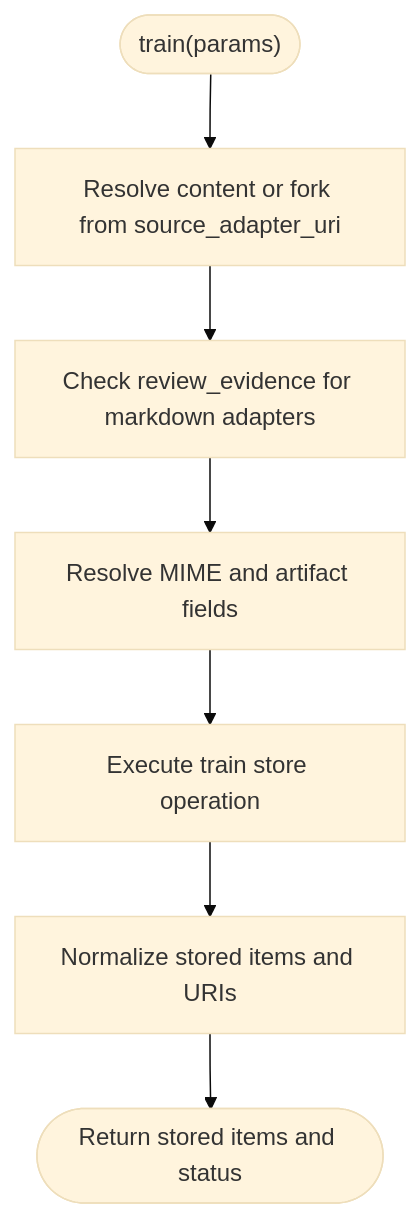
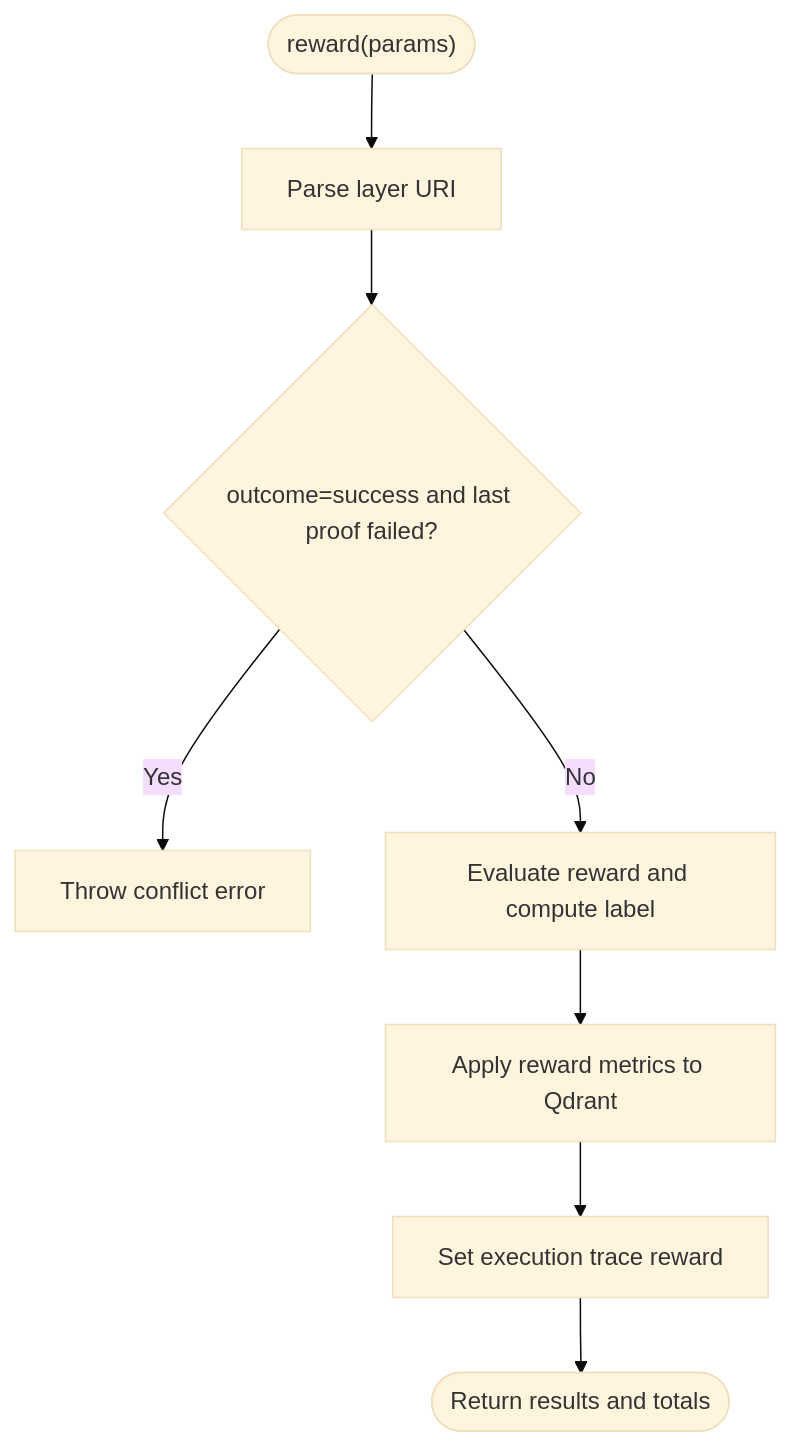
Before and after one commit to SquadRules/mcp: the sixth of 11 diagrams in .qoder/repowiki/en/content/MCP Tools Reference/MCP Tools Reference.md, drawn with Mermaid (base theme). The commit also changed other lines of this file and 553 other files, not shown here.

````diff
--- a/.qoder/repowiki/en/content/MCP Tools Reference/MCP Tools Reference.md
+++ b/.qoder/repowiki/en/content/MCP Tools Reference/MCP Tools Reference.md
@@ -468,9 +363,10 @@
 ```mermaid
 flowchart TD
-Start(["train(params)"]) --> ResolveContent["Resolve content or fork from source_adapter_uri"]
-ResolveContent --> CheckEvidence["Check review_evidence for markdown adapters"]
-CheckEvidence --> ResolveMime["Resolve MIME and artifact fields"]
-ResolveMime --> Store["Execute train store operation"]
-Store --> NormalizeItems["Normalize stored items and URIs"]
-NormalizeItems --> Output(["Return stored items and status"])
+Start(["reward(params)"]) --> ParseUri["Parse layer URI"]
+ParseUri --> CheckFailedProof{"outcome=success and last proof failed?"}
+CheckFailedProof --> |Yes| Conflict["Throw conflict error"]
+CheckFailedProof --> |No| Evaluate["Evaluate reward and compute label"]
+Evaluate --> PersistMetrics["Apply reward metrics to Qdrant"]
+PersistMetrics --> PersistTrace["Set execution trace reward"]
+PersistTrace --> Return(["Return results and totals"])
 ```
````
